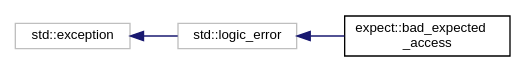
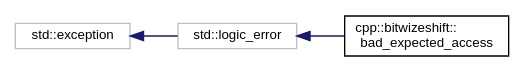
Before and after one commit to bitwizeshift/result: the diagram in api/latest/inherit_graph_0.dot, drawn with Graphviz. The commit also changed 319 other files, not shown here.

```diff
--- a/api/latest/inherit_graph_0.dot
+++ b/api/latest/inherit_graph_0.dot
@@ -1,11 +1,11 @@
 digraph "Graphical Class Hierarchy"
 {
   edge [fontname="Helvetica",fontsize="10",labelfontname="Helvetica",labelfontsize="10"];
   node [fontname="Helvetica",fontsize="10",shape=record];
   rankdir="LR";
-  Node13 [label="std::exception",height=0.2,width=0.4,color="grey75", fillcolor="white", style="filled",tooltip="STL class. "];
-  Node13 -> Node14 [dir="back",color="midnightblue",fontsize="10",style="solid",fontname="Helvetica"];
-  Node14 [label="std::logic_error",height=0.2,width=0.4,color="grey75", fillcolor="white", style="filled",tooltip="STL class. "];
-  Node14 -> Node0 [dir="back",color="midnightblue",fontsize="10",style="solid",fontname="Helvetica"];
-  Node0 [label="expect::bad_expected\l_access",height=0.2,width=0.4,color="black", fillcolor="white", style="filled",URL="$d0/d2a/classexpect_1_1bad__expected__access.html",tooltip="An exception thrown when expected::value is accessed without a contained value. "];
+  Node43 [label="std::exception",height=0.2,width=0.4,color="grey75", fillcolor="white", style="filled",tooltip="STL class. "];
+  Node43 -> Node44 [dir="back",color="midnightblue",fontsize="10",style="solid",fontname="Helvetica"];
+  Node44 [label="std::logic_error",height=0.2,width=0.4,color="grey75", fillcolor="white", style="filled",tooltip="STL class. "];
+  Node44 -> Node0 [dir="back",color="midnightblue",fontsize="10",style="solid",fontname="Helvetica"];
+  Node0 [label="cpp::bitwizeshift::\lbad_expected_access",height=0.2,width=0.4,color="black", fillcolor="white", style="filled",URL="$d2/dea/classcpp_1_1bitwizeshift_1_1bad__expected__access.html",tooltip="An exception thrown when expected::value is accessed without a contained value. "];
 }
```
